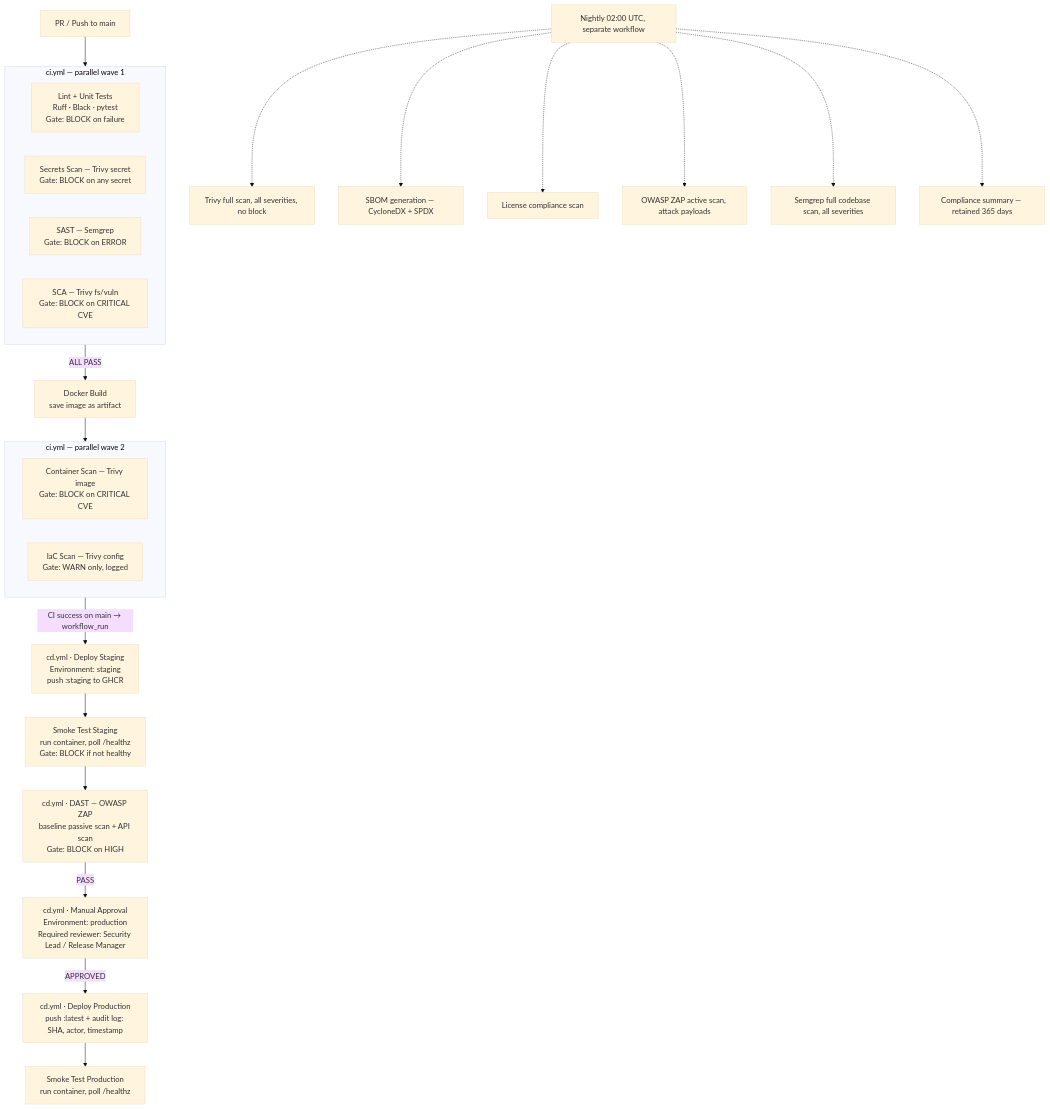
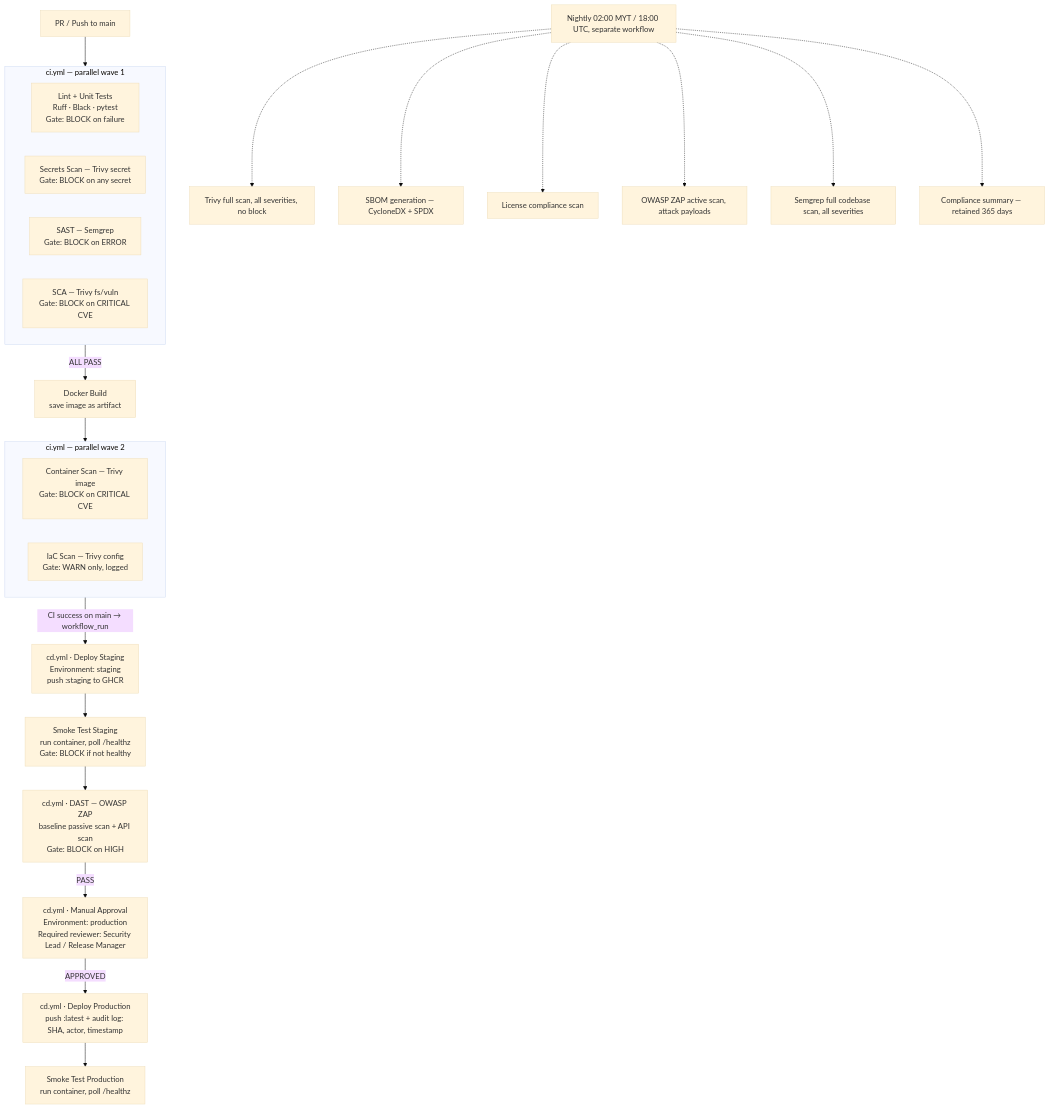
Before and after one commit to Denish02/DEVSECOPS: the first of 2 diagrams in cloudmart-devsecops-technical-analysis.md, drawn with Mermaid (base theme). The commit also changed other lines of this file and 5 other files, not shown here.

First line of the commit message:
Adjust nightly scan schedule to Malaysia Time

````diff
--- a/cloudmart-devsecops-technical-analysis.md
+++ b/cloudmart-devsecops-technical-analysis.md
@@ -82,41 +82,41 @@
 ```mermaid
 flowchart TD
     Start[PR / Push to main] --> CI
 
     subgraph CI [ci.yml — parallel wave 1]
         S0[Lint + Unit Tests\nRuff · Black · pytest\nGate: BLOCK on failure]
         S1[Secrets Scan — Trivy secret\nGate: BLOCK on any secret]
         S2a[SAST — Semgrep\nGate: BLOCK on ERROR]
         S2b[SCA — Trivy fs/vuln\nGate: BLOCK on CRITICAL CVE]
     end
     CI -->|ALL PASS| S3
 
     S3[Docker Build\nsave image as artifact]
     S3 --> S4
 
     subgraph S4 [ci.yml — parallel wave 2]
         S4a[Container Scan — Trivy image\nGate: BLOCK on CRITICAL CVE]
         S4b[IaC Scan — Trivy config\nGate: WARN only, logged]
     end
     S4 -->|CI success on main → workflow_run| S5
 
     S5[cd.yml · Deploy Staging\nEnvironment: staging\npush :staging to GHCR]
     S5 --> SM1[Smoke Test Staging\nrun container, poll /healthz\nGate: BLOCK if not healthy]
     SM1 --> S6
 
     S6[cd.yml · DAST — OWASP ZAP\nbaseline passive scan + API scan\nGate: BLOCK on HIGH]
     S6 -->|PASS| S7
 
     S7[cd.yml · Manual Approval\nEnvironment: production\nRequired reviewer: Security Lead / Release Manager]
     S7 -->|APPROVED| S8
 
     S8[cd.yml · Deploy Production\npush :latest + audit log: SHA, actor, timestamp]
     S8 --> SM2[Smoke Test Production\nrun container, poll /healthz]
 
-    Nightly[Nightly 02:00 UTC, separate workflow] -.-> N1[Trivy full scan, all severities, no block]
+    Nightly[Nightly 02:00 MYT / 18:00 UTC, separate workflow] -.-> N1[Trivy full scan, all severities, no block]
     Nightly -.-> N2[SBOM generation — CycloneDX + SPDX]
     Nightly -.-> N3[License compliance scan]
     Nightly -.-> N4[OWASP ZAP active scan, attack payloads]
     Nightly -.-> N5[Semgrep full codebase scan, all severities]
     Nightly -.-> N6[Compliance summary — retained 365 days]
 ```
````
